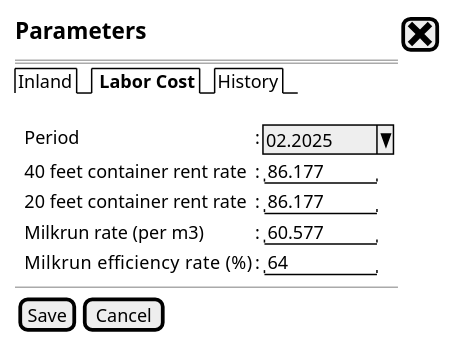
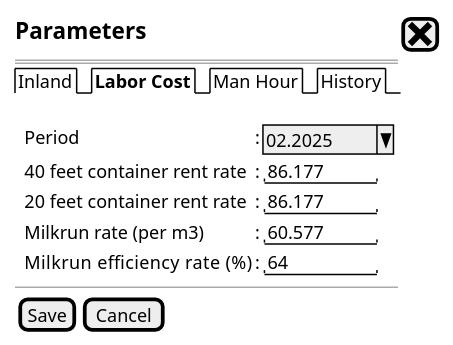
The diagram in params/param_labor_cost.puml (ari-fikri/packing-cost-mockup), drawn with PlantUML before and after one commit. The commit also changed 1 other file, not shown here.

Commit message:
Add man hour params into Parameters form

```diff
--- a/params/param_labor_cost.puml
+++ b/params/param_labor_cost.puml
@@ -1,26 +1,26 @@
 @startsalt
 {
 <size:15><b>Parameters|[<size:25><&x>]|*
 ==
-{/ Inland |<b> Labor Cost | History}*
+{/ Inland |<b>Labor Cost | Man Hour | History}*
   
   .
   {
     .|Period                          |:|^ 02.2025 ^|*
     .|40 feet container rent rate     |:|" 86.177  "|*
     .|20 feet container rent rate     |:|" 86.177  "|*
     .|Milkrun rate (per m3)           |:|" 60.577  "|*
     .|Milkrun efficiency rate   (%)   |:|"  64     "|*
   }
   --
   {
     [Save]|[Cancel]
   }
 
 
 
 
 
 
 }
 @endsalt
```
